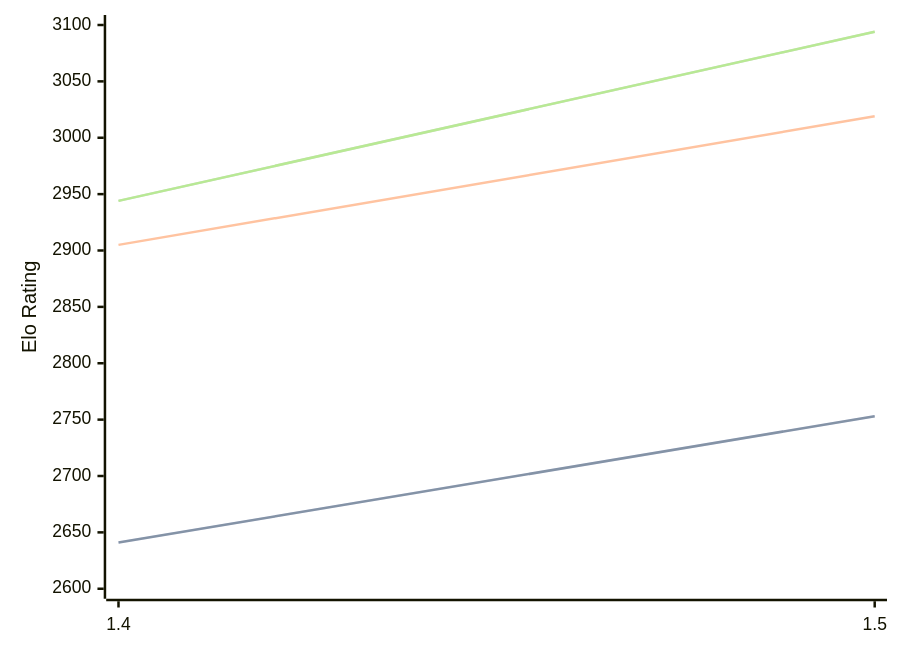
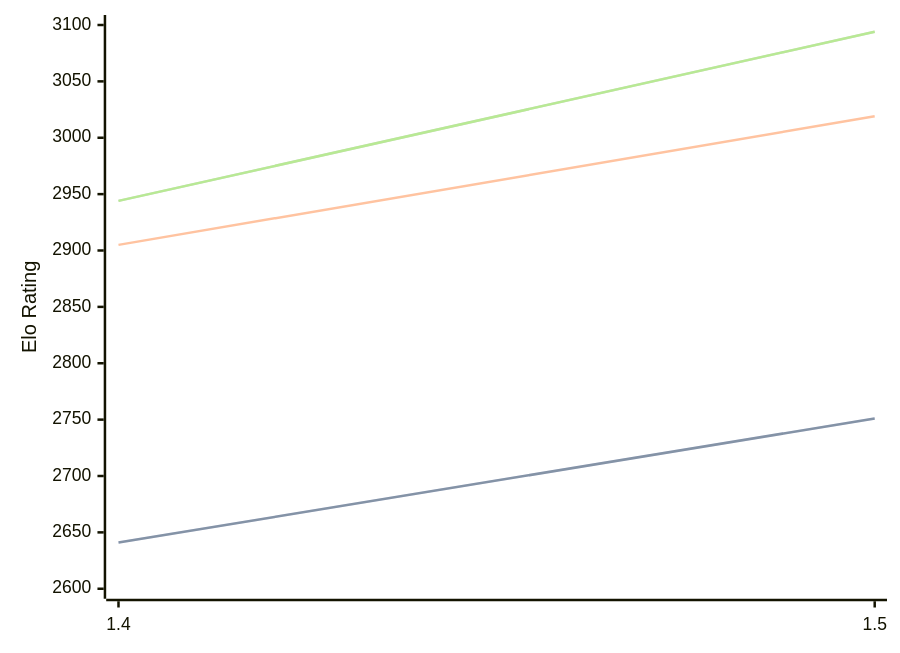
The third of 3 diagrams in engines/Yakka.md (computer-chess-index/cci), drawn with Mermaid before and after one commit. The commit also changed other lines of this file, not shown here.

````diff
--- a/engines/Yakka.md
+++ b/engines/Yakka.md
@@ -69,11 +69,11 @@
 ```mermaid
 %%{init: {"theme":"base","themeVariables":{"seriesColors:['#a3a3a3','#222221','#faa371']}}}%%
 xychart-beta
   x-axis ["1.4", "1.5"]
   y-axis "Elo Rating" 2600 --> 3100
-  line "STC (8.0+0.08s)" [2641, 2753]
-  line "STC (8.0+0.08s)" [2641, 2753]
+  line "STC (8.0+0.08s)" [2641, 2751]
+  line "STC (8.0+0.08s)" [2641, 2751]
   line "LTC (60.0+0.60s)" [2905, 3019]
   line "VLTC (2m24s+1.12s)" [2944, 3094]
   line "VLTC (2m24s+1.12s)" [2944, 3094]
 ```
````
